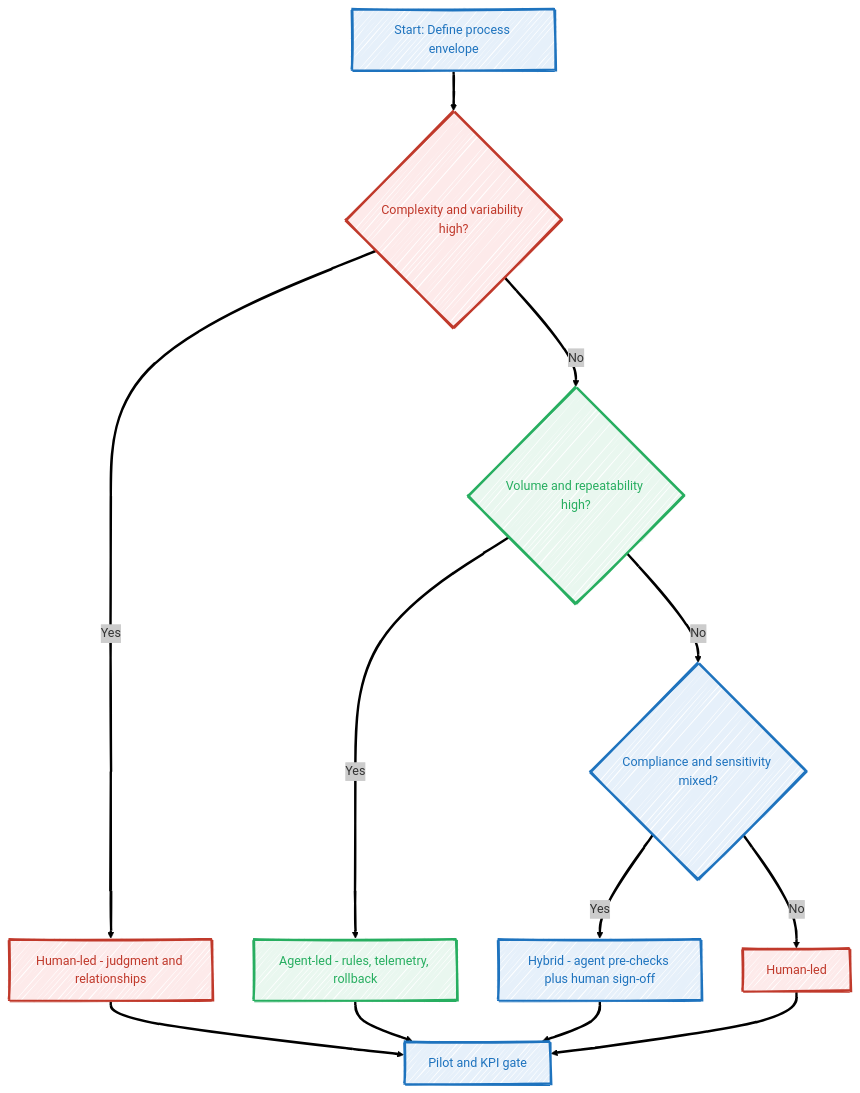
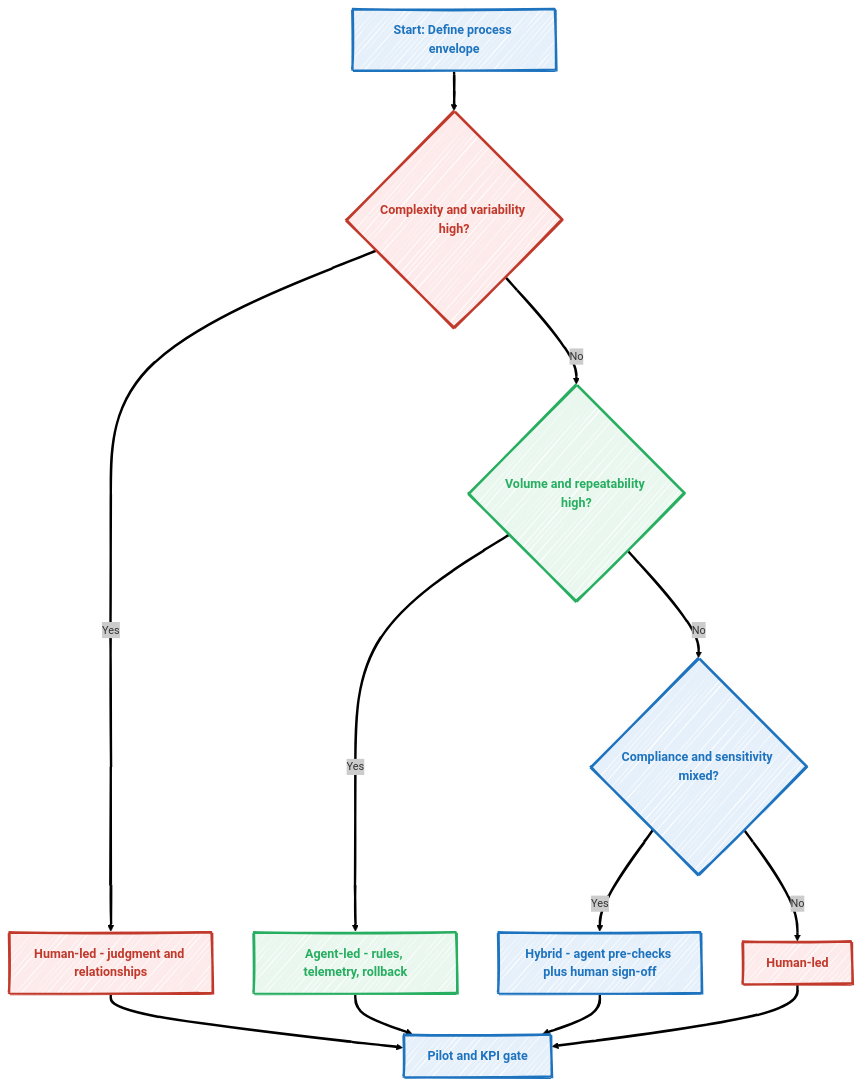
The diagram in posts/beyond-the-hype-what-microsoft-copilot-data-really-says-about-AI-at-work/index.qmd (antomon/antomon.github.io), drawn with Mermaid before and after one commit. The commit also changed other lines of this file and 5 other files, not shown here.

````diff
--- a/posts/beyond-the-hype-what-microsoft-copilot-data-really-says-about-AI-at-work/index.qmd
+++ b/posts/beyond-the-hype-what-microsoft-copilot-data-really-says-about-AI-at-work/index.qmd
@@ -874,45 +874,45 @@
 ```{mermaid}
 %%| label: CARO-decision-flow
 %%| fig-cap: CARO decision flow
 %%| fig-alt: CARO decision flow
 %%| fig-align: center
-%%{init: {"theme": "neo", "look": "handDrawn", "themeVariables": { "fontSize": "16px", "lineWidth": 3 }}}%%
+%%{init: {"theme": "neo", "look": "handDrawn"}}%%
 
 flowchart TD
   S[Start: Define process envelope] --> A{Complexity and variability high?}
   A -- Yes --> H1[Human-led - judgment and relationships]
   A -- No --> B{Volume and repeatability high?}
   B -- Yes --> AG1[Agent-led - rules, telemetry, rollback]
   B -- No --> C{Compliance and sensitivity mixed?}
   C -- Yes --> HY1[Hybrid - agent pre-checks plus human sign-off]
   C -- No --> H2[Human-led]
   H1 --> E[Pilot and KPI gate]
   AG1 --> E
   HY1 --> E
   H2 --> E
 
-  %% Node styles
-  style S stroke:#1e73be,fill:#e6f0fa,color:#1e73be,stroke-width:3px
-  style A stroke:#c0392b,fill:#fdeaea,color:#c0392b,stroke-width:3px
-  style B stroke:#27ae60,fill:#e9f7ef,color:#27ae60,stroke-width:3px
-  style C stroke:#1e73be,fill:#e6f0fa,color:#1e73be,stroke-width:3px
+  %% Node styles with thicker borders and bold 16px font
+  style S stroke:#1e73be,fill:#e6f0fa,color:#1e73be,stroke-width:3px,font-weight:bold,font-size:16px
+  style A stroke:#c0392b,fill:#fdeaea,color:#c0392b,stroke-width:3px,font-weight:bold,font-size:16px
+  style B stroke:#27ae60,fill:#e9f7ef,color:#27ae60,stroke-width:3px,font-weight:bold,font-size:16px
+  style C stroke:#1e73be,fill:#e6f0fa,color:#1e73be,stroke-width:3px,font-weight:bold,font-size:16px
 
-  style H1 stroke:#c0392b,fill:#fdeaea,color:#c0392b,stroke-width:3px
-  style H2 stroke:#c0392b,fill:#fdeaea,color:#c0392b,stroke-width:3px
-  style AG1 stroke:#27ae60,fill:#e9f7ef,color:#27ae60,stroke-width:3px
-  style HY1 stroke:#1e73be,fill:#e6f0fa,color:#1e73be,stroke-width:3px
-  style E stroke:#1e73be,fill:#e6f0fa,color:#1e73be,stroke-width:3px
+  style H1 stroke:#c0392b,fill:#fdeaea,color:#c0392b,stroke-width:3px,font-weight:bold,font-size:16px
+  style H2 stroke:#c0392b,fill:#fdeaea,color:#c0392b,stroke-width:3px,font-weight:bold,font-size:16px
+  style AG1 stroke:#27ae60,fill:#e9f7ef,color:#27ae60,stroke-width:3px,font-weight:bold,font-size:16px
+  style HY1 stroke:#1e73be,fill:#e6f0fa,color:#1e73be,stroke-width:3px,font-weight:bold,font-size:16px
+  style E stroke:#1e73be,fill:#e6f0fa,color:#1e73be,stroke-width:3px,font-weight:bold,font-size:16px
 
-  %% Black links
+  %% Black links with thicker lines
   linkStyle 0 stroke:#000000,stroke-width:3px,fill:none
   linkStyle 1 stroke:#000000,stroke-width:3px,fill:none
   linkStyle 2 stroke:#000000,stroke-width:3px,fill:none
   linkStyle 3 stroke:#000000,stroke-width:3px,fill:none
   linkStyle 4 stroke:#000000,stroke-width:3px,fill:none
   linkStyle 5 stroke:#000000,stroke-width:3px,fill:none
   linkStyle 6 stroke:#000000,stroke-width:3px,fill:none
   linkStyle 7 stroke:#000000,stroke-width:3px,fill:none
   linkStyle 8 stroke:#000000,stroke-width:3px,fill:none
   linkStyle 9 stroke:#000000,stroke-width:3px,fill:none
   linkStyle 10 stroke:#000000,stroke-width:3px,fill:none
 ```
````
